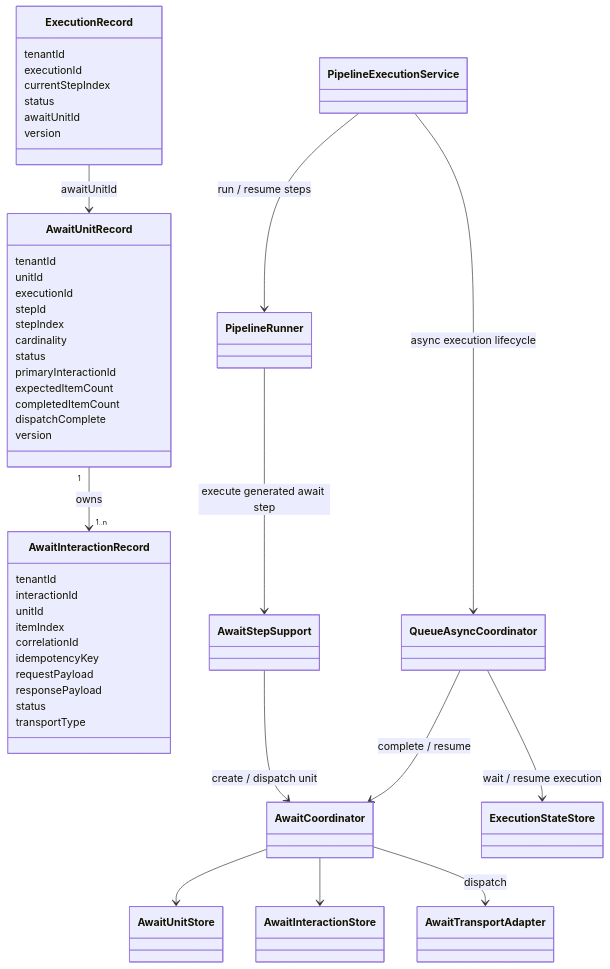
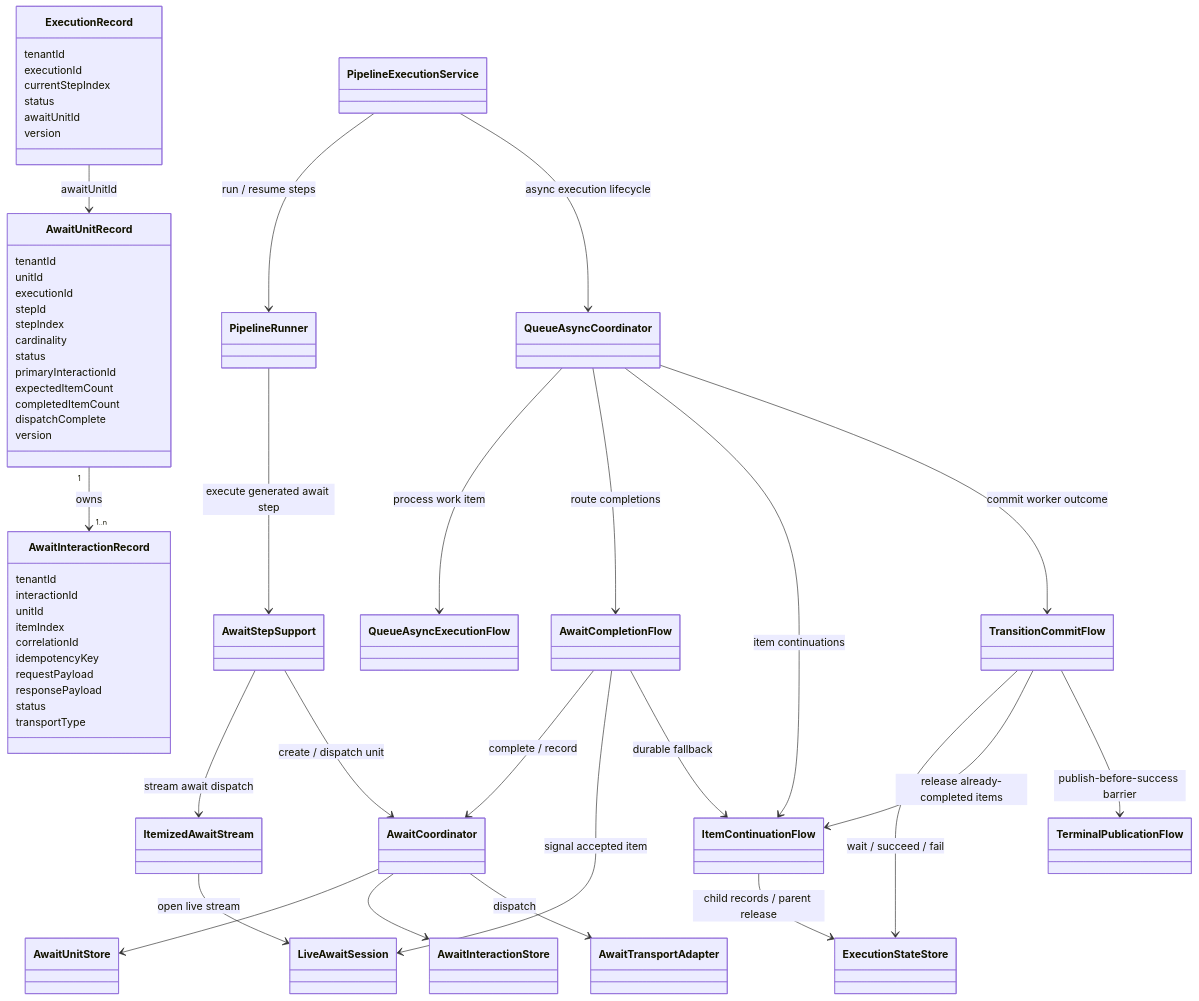
One commit to The-Pipeline-Framework/pipelineframework changed the first of 2 diagrams in docs/evolve/await-unit-runtime/index.md. Above: the diagram before and after it, drawn with Mermaid. The commit also changed other lines of this file and 34 other files, not shown here.

Commit message:
Refactor queue async semantic flows

````diff
--- a/docs/evolve/await-unit-runtime/index.md
+++ b/docs/evolve/await-unit-runtime/index.md
@@ -24,61 +24,79 @@
 ```mermaid
 classDiagram
     class ExecutionRecord {
       tenantId
       executionId
       currentStepIndex
       status
       awaitUnitId
       version
     }
 
     class AwaitUnitRecord {
       tenantId
       unitId
       executionId
       stepId
       stepIndex
       cardinality
       status
       primaryInteractionId
       expectedItemCount
       completedItemCount
       dispatchComplete
       version
     }
 
     class AwaitInteractionRecord {
       tenantId
       interactionId
       unitId
       itemIndex
       correlationId
       idempotencyKey
       requestPayload
       responsePayload
       status
       transportType
     }
 
     class PipelineExecutionService
     class PipelineRunner
     class QueueAsyncCoordinator
+    class QueueAsyncExecutionFlow
+    class AwaitCompletionFlow
+    class ItemContinuationFlow
+    class TransitionCommitFlow
+    class TerminalPublicationFlow
+    class ItemizedAwaitStream
+    class LiveAwaitSession
     class AwaitStepSupport
     class AwaitCoordinator
     class AwaitUnitStore
     class AwaitInteractionStore
     class AwaitTransportAdapter
     class ExecutionStateStore
 
     ExecutionRecord --> AwaitUnitRecord : awaitUnitId
     AwaitUnitRecord "1" --> "1..n" AwaitInteractionRecord : owns
     PipelineExecutionService --> PipelineRunner : run / resume steps
     PipelineRunner --> AwaitStepSupport : execute generated await step
+    AwaitStepSupport --> ItemizedAwaitStream : stream await dispatch
     AwaitStepSupport --> AwaitCoordinator : create / dispatch unit
+    ItemizedAwaitStream --> LiveAwaitSession : open live stream
     PipelineExecutionService --> QueueAsyncCoordinator : async execution lifecycle
-    QueueAsyncCoordinator --> AwaitCoordinator : complete / resume
-    QueueAsyncCoordinator --> ExecutionStateStore : wait / resume execution
+    QueueAsyncCoordinator --> QueueAsyncExecutionFlow : process work item
+    QueueAsyncCoordinator --> AwaitCompletionFlow : route completions
+    QueueAsyncCoordinator --> ItemContinuationFlow : item continuations
+    QueueAsyncCoordinator --> TransitionCommitFlow : commit worker outcome
+    AwaitCompletionFlow --> AwaitCoordinator : complete / record
+    AwaitCompletionFlow --> LiveAwaitSession : signal accepted item
+    AwaitCompletionFlow --> ItemContinuationFlow : durable fallback
+    ItemContinuationFlow --> ExecutionStateStore : child records / parent release
+    TransitionCommitFlow --> ExecutionStateStore : wait / succeed / fail
+    TransitionCommitFlow --> ItemContinuationFlow : release already-completed items
+    TransitionCommitFlow --> TerminalPublicationFlow : publish-before-success barrier
     AwaitCoordinator --> AwaitUnitStore
     AwaitCoordinator --> AwaitInteractionStore
     AwaitCoordinator --> AwaitTransportAdapter : dispatch
 ```
````
